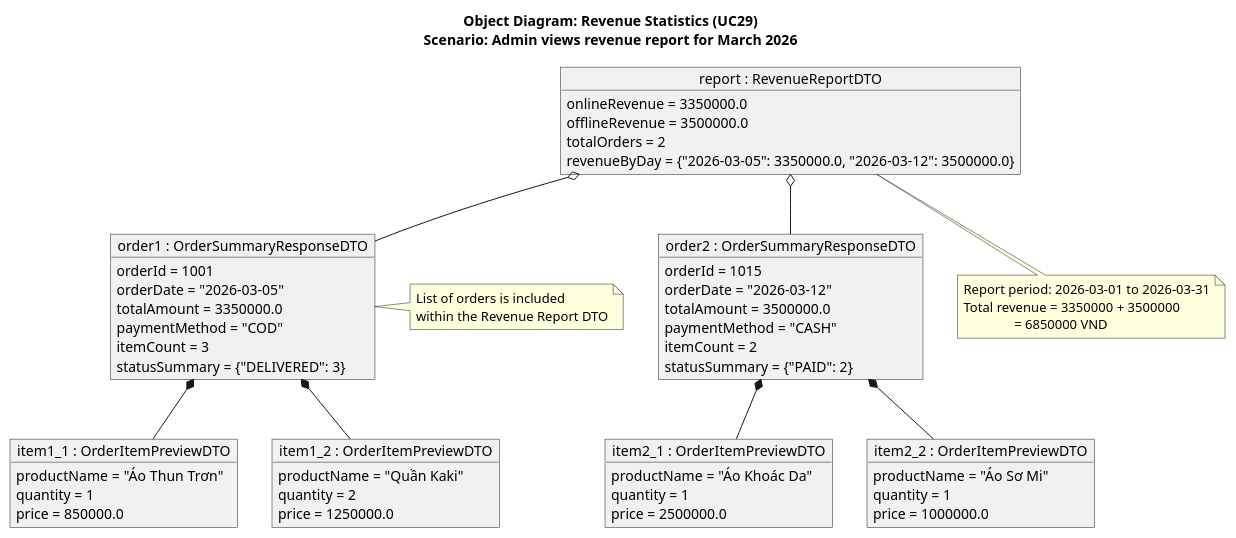
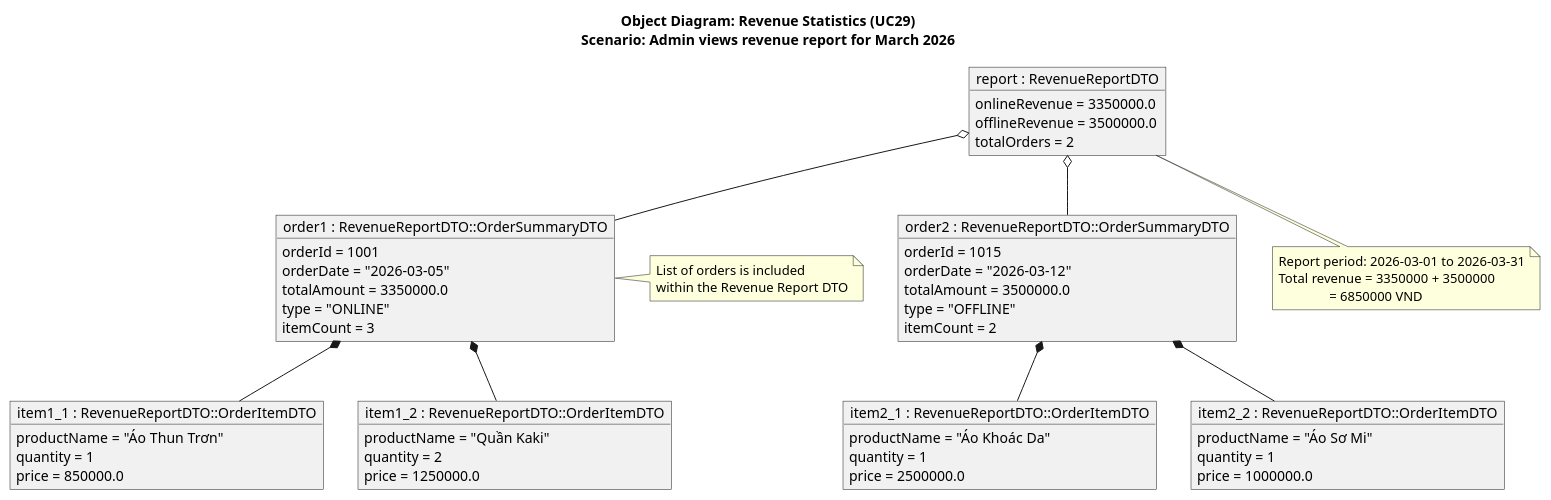
One commit to Peterdir/fashion-store-system changed the diagram in src/main/java/org/example/fashionstoresystem/uml/Object/OD29_RevenueStatistics.puml. Above: the diagram before and after it, drawn with PlantUML. The commit also changed 13 other files, not shown here.

Commit message:
Update uml

```diff
--- a/src/main/java/org/example/fashionstoresystem/uml/Object/OD29_RevenueStatistics.puml
+++ b/src/main/java/org/example/fashionstoresystem/uml/Object/OD29_RevenueStatistics.puml
@@ -1,75 +1,72 @@
 @startuml
 title Object Diagram: Revenue Statistics (UC29)\nScenario: Admin views revenue report for March 2026
 
 ' DTO - Revenue report result
 object "report : RevenueReportDTO" as report {
     onlineRevenue = 3350000.0
     offlineRevenue = 3500000.0
     totalOrders = 2
-    revenueByDay = {"2026-03-05": 3350000.0, "2026-03-12": 3500000.0}
 }
 
-' DTO - Order 1 summary
-object "order1 : OrderSummaryResponseDTO" as o1 {
+' DTO - Order 1 summary (Nested OrderSummaryDTO)
+object "order1 : RevenueReportDTO::OrderSummaryDTO" as o1 {
     orderId = 1001
     orderDate = "2026-03-05"
     totalAmount = 3350000.0
-    paymentMethod = "COD"
+    type = "ONLINE"
     itemCount = 3
-    statusSummary = {"DELIVERED": 3}
 }
 
-object "item1_1 : OrderItemPreviewDTO" as i1_1 {
+object "item1_1 : RevenueReportDTO::OrderItemDTO" as i1_1 {
     productName = "Áo Thun Trơn"
     quantity = 1
     price = 850000.0
 }
 
-object "item1_2 : OrderItemPreviewDTO" as i1_2 {
+object "item1_2 : RevenueReportDTO::OrderItemDTO" as i1_2 {
     productName = "Quần Kaki"
     quantity = 2
     price = 1250000.0
 }
 
-' DTO - Order 2 summary
-object "order2 : OrderSummaryResponseDTO" as o2 {
+' DTO - Order 2 summary (Nested OrderSummaryDTO)
+object "order2 : RevenueReportDTO::OrderSummaryDTO" as o2 {
     orderId = 1015
     orderDate = "2026-03-12"
     totalAmount = 3500000.0
-    paymentMethod = "CASH"
+    type = "OFFLINE"
     itemCount = 2
-    statusSummary = {"PAID": 2}
 }
 
-object "item2_1 : OrderItemPreviewDTO" as i2_1 {
+object "item2_1 : RevenueReportDTO::OrderItemDTO" as i2_1 {
     productName = "Áo Khoác Da"
     quantity = 1
     price = 2500000.0
 }
 
-object "item2_2 : OrderItemPreviewDTO" as i2_2 {
+object "item2_2 : RevenueReportDTO::OrderItemDTO" as i2_2 {
     productName = "Áo Sơ Mi"
     quantity = 1
     price = 1000000.0
 }
 
 ' Structural relationships
 report o-- o1
 report o-- o2
 o1 *-- i1_1
 o1 *-- i1_2
 o2 *-- i2_1
 o2 *-- i2_2
 
 note bottom of report
     Report period: 2026-03-01 to 2026-03-31
     Total revenue = 3350000 + 3500000
                    = 6850000 VND
 end note
 
 note right of o1
     List of orders is included
     within the Revenue Report DTO
 end note
 
 @enduml
```
